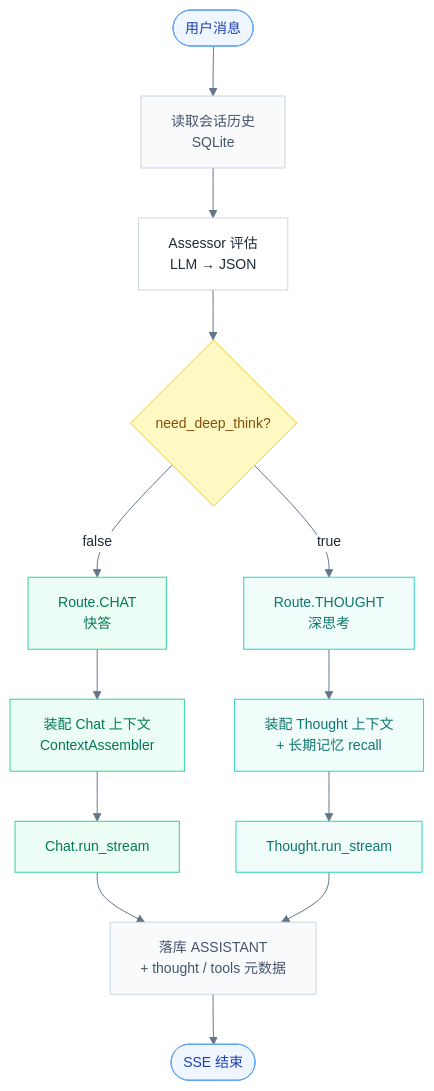
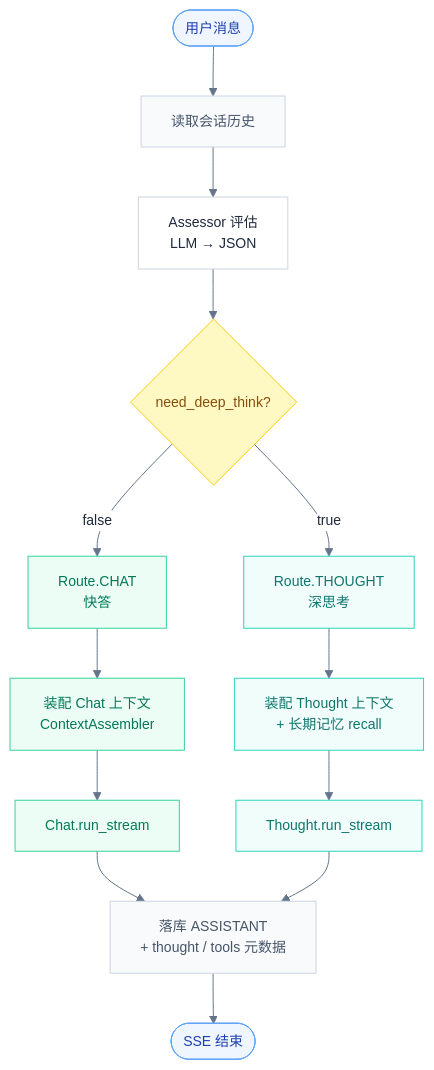
Before and after one commit to Zhong-y-j/Hubloom: the first of 5 diagrams in docs/Hubloom-ADP编排.md, drawn with Mermaid. The commit also changed 19 other files, not shown here.

````diff
--- a/docs/Hubloom-ADP编排.md
+++ b/docs/Hubloom-ADP编排.md
@@ -24,34 +24,34 @@
 ```mermaid
 %%{init: {"theme":"base","themeVariables":{"background":"#ffffff","primaryColor":"#ffffff","primaryBorderColor":"#cbd5e1","primaryTextColor":"#1e293b","lineColor":"#64748b","fontSize":"14px"}}}%%
 flowchart TD
-    START([用户消息]) --> RECALL[读取会话历史<br/>SQLite]
+    START([用户消息]) --> RECALL[读取会话历史<br/>]
     RECALL --> ASSESS[Assessor 评估<br/>LLM → JSON]
 
     ASSESS --> Q{need_deep_think?}
 
     Q -->|false| CHAT_ROUTE[Route.CHAT<br/>快答]
     Q -->|true| THOUGHT_ROUTE[Route.THOUGHT<br/>深思考]
 
     CHAT_ROUTE --> ASM_C[装配 Chat 上下文<br/>ContextAssembler]
     THOUGHT_ROUTE --> ASM_T[装配 Thought 上下文<br/>+ 长期记忆 recall]
 
     ASM_C --> RUN_C[Chat.run_stream]
     ASM_T --> RUN_T[Thought.run_stream]
 
     RUN_C --> PERSIST[落库 ASSISTANT<br/>+ thought / tools 元数据]
     RUN_T --> PERSIST
 
   PERSIST --> END([SSE 结束])
 
     classDef entry fill:#eff6ff,stroke:#60a5fa,color:#1e40af
     classDef decision fill:#fef9c3,stroke:#facc15,color:#854d0e
     classDef chat fill:#ecfdf5,stroke:#34d399,color:#047857
     classDef thought fill:#f0fdfa,stroke:#2dd4bf,color:#0f766e
     classDef store fill:#f8fafc,stroke:#cbd5e1,color:#475569
 
     class START,END entry
     class Q decision
     class CHAT_ROUTE,ASM_C,RUN_C chat
     class THOUGHT_ROUTE,ASM_T,RUN_T thought
     class RECALL,PERSIST store
 ```
````
